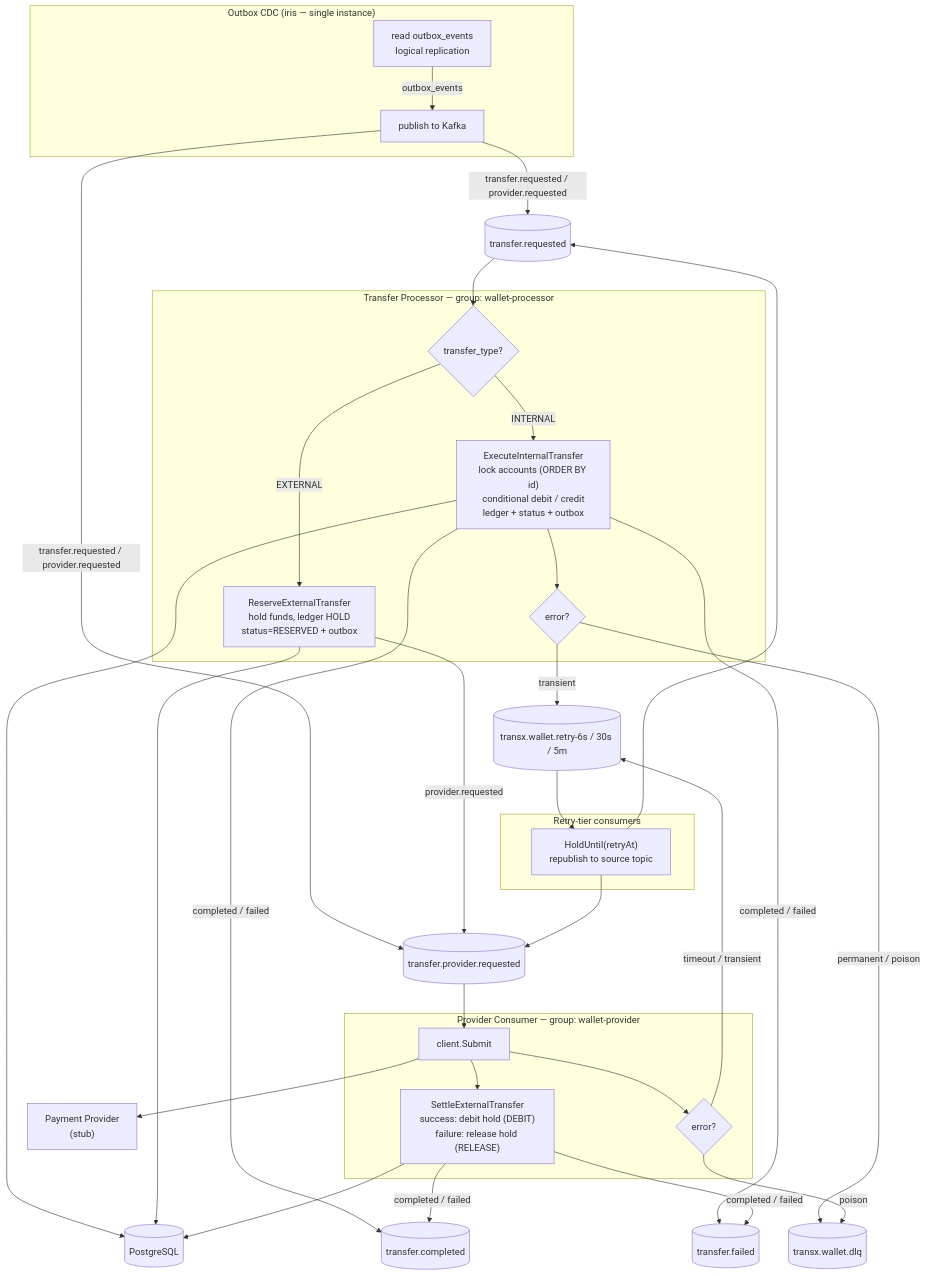
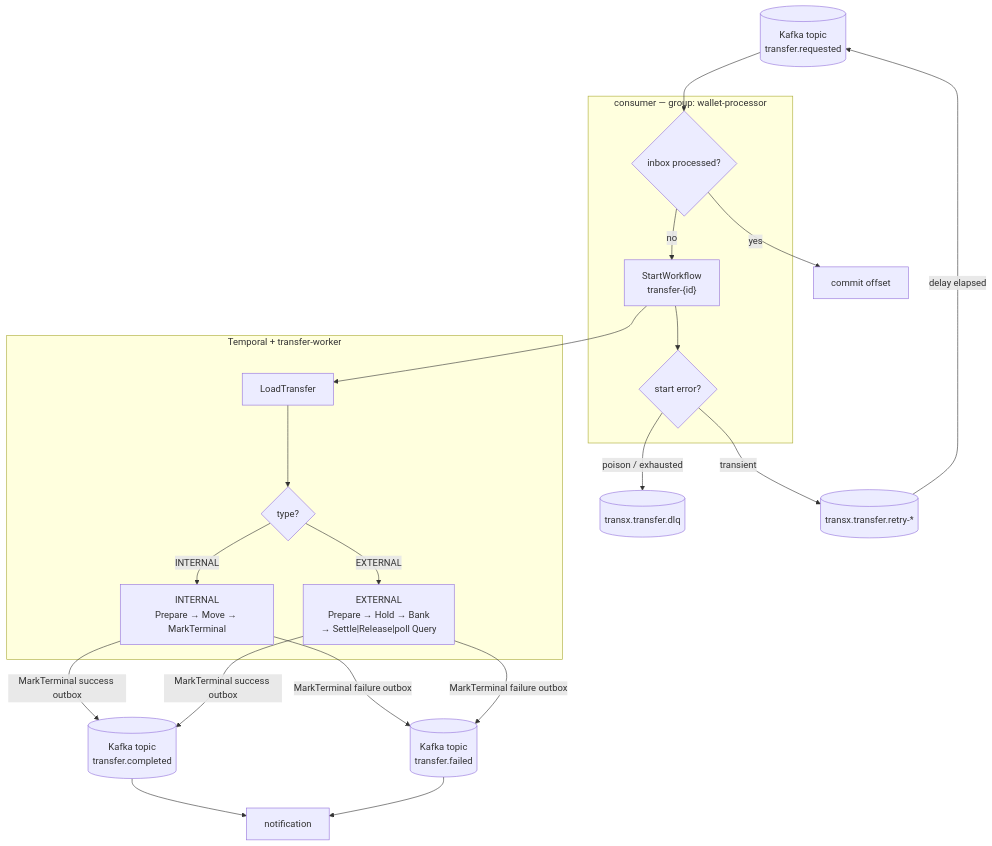
The fourth of 5 diagrams in README.md (Phathdt/transx), drawn with Mermaid before and after one commit. The commit also changed other lines of this file and 111 other files, not shown here.

First line of the commit message:
feat(transfer): Temporal saga transfer orchestration (#12)

````diff
--- a/README.md
+++ b/README.md
@@ -497,58 +473,39 @@
 ```mermaid
 flowchart TD
-    DB[("PostgreSQL")]
-    RPREQ[("transfer.requested")]
-    RPPROV[("transfer.provider.requested")]
-    RPDONE[("transfer.completed")]
-    RPFAIL[("transfer.failed")]
-    PROV["Payment Provider\n(stub)"]
-    RETRY[("transx.wallet.retry-6s / 30s / 5m")]
-    DLQ[("transx.wallet.dlq")]
+    RPREQ[("Kafka topic\ntransfer.requested")]
+    RPDONE[("Kafka topic\ntransfer.completed")]
+    RPFAIL[("Kafka topic\ntransfer.failed")]
+    TDLQ[("transx.transfer.dlq")]
+    TRETRY[("transx.transfer.retry-*")]
 
-    subgraph CDC["Outbox CDC (iris — single instance)"]
-        POLL["read outbox_events\nlogical replication"]
-        PUSH["publish to Kafka"]
+    subgraph Bridge["consumer — group: wallet-processor"]
+      DEDUP{"inbox processed?"}
+      START["StartWorkflow\ntransfer-{id}"]
+      ESCALATE{"start error?"}
     end
 
-    subgraph Processor["Transfer Processor — group: wallet-processor"]
-        ROUTE{"transfer_type?"}
-        EXEC["ExecuteInternalTransfer\nlock accounts (ORDER BY id)\nconditional debit / credit\nledger + status + outbox"]
-        RESV["ReserveExternalTransfer\nhold funds, ledger HOLD\nstatus=RESERVED + outbox"]
-        CLASS{"error?"}
+    subgraph Temporal["Temporal + transfer-worker"]
+      LOAD["LoadTransfer"]
+      TYPE{"type?"}
+      INT["INTERNAL\nPrepare → Move → MarkTerminal"]
+      EXT["EXTERNAL\nPrepare → Hold → Bank\n→ Settle|Release|poll Query"]
     end
 
-    subgraph Provider["Provider Consumer — group: wallet-provider"]
-        SUBMIT["client.Submit"]
-        SETTLE["SettleExternalTransfer\nsuccess: debit hold (DEBIT)\nfailure: release hold (RELEASE)"]
-        PCLASS{"error?"}
-    end
-
-    subgraph Retry["Retry-tier consumers"]
-        HOLD["HoldUntil(retryAt)\nrepublish to source topic"]
-    end
-
-    POLL -->|"outbox_events"| PUSH
-    PUSH -->|"transfer.requested / provider.requested"| RPREQ & RPPROV
-
-    RPREQ --> ROUTE
-    ROUTE -->|INTERNAL| EXEC
-    ROUTE -->|EXTERNAL| RESV
-    EXEC --> DB
-    RESV --> DB
-    RESV -->|provider.requested| RPPROV
-    EXEC -->|completed / failed| RPDONE & RPFAIL
-    EXEC --> CLASS
-    CLASS -->|transient| RETRY
-    CLASS -->|permanent / poison| DLQ
-
-    RPPROV --> SUBMIT
-    SUBMIT --> PROV
-    SUBMIT --> SETTLE
-    SETTLE --> DB
-    SETTLE -->|completed / failed| RPDONE & RPFAIL
-    SUBMIT --> PCLASS
-    PCLASS -->|timeout / transient| RETRY
-    PCLASS -->|poison| DLQ
-    RETRY --> HOLD
-    HOLD --> RPREQ & RPPROV
+    RPREQ --> DEDUP
+    DEDUP -->|yes| SKIP["commit offset"]
+    DEDUP -->|no| START
+    START --> LOAD
+    LOAD --> TYPE
+    TYPE -->|INTERNAL| INT
+    TYPE -->|EXTERNAL| EXT
+    INT -->|MarkTerminal success outbox| RPDONE
+    INT -->|MarkTerminal failure outbox| RPFAIL
+    EXT -->|MarkTerminal success outbox| RPDONE
+    EXT -->|MarkTerminal failure outbox| RPFAIL
+    RPDONE --> NOTIF["notification"]
+    RPFAIL --> NOTIF
+    START --> ESCALATE
+    ESCALATE -->|transient| TRETRY
+    ESCALATE -->|poison / exhausted| TDLQ
+    TRETRY -->|delay elapsed| RPREQ
 ```
````
